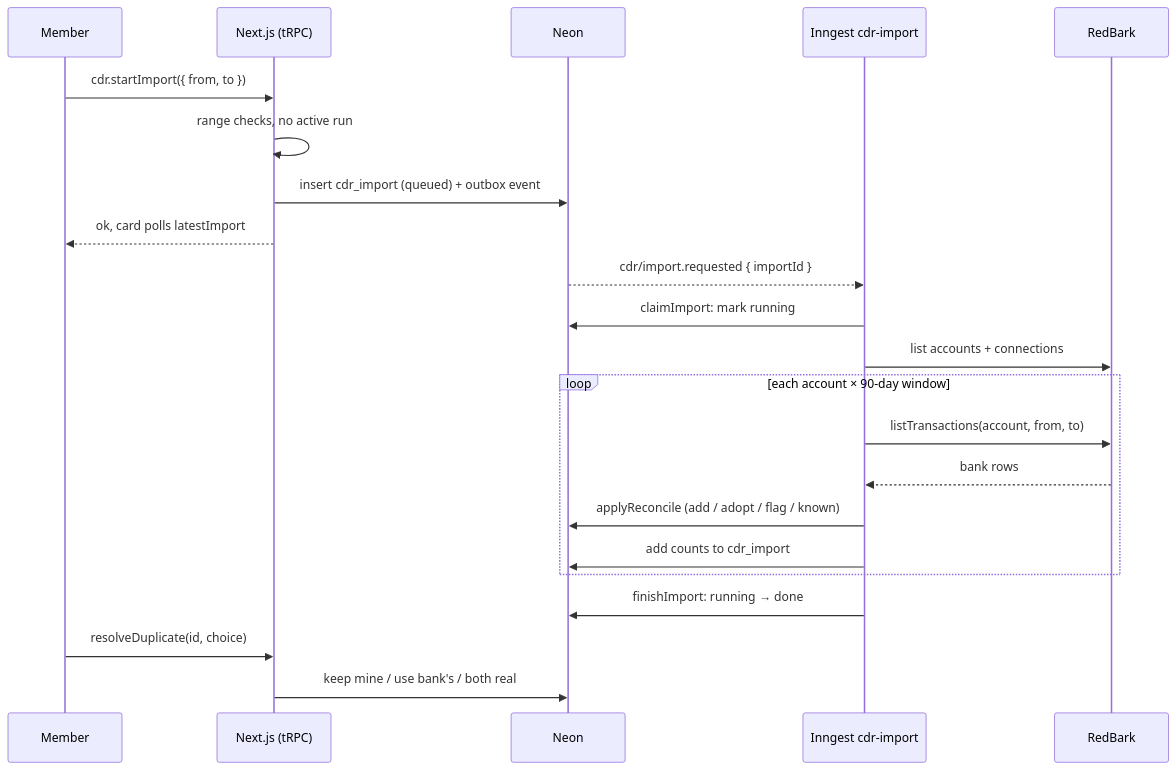
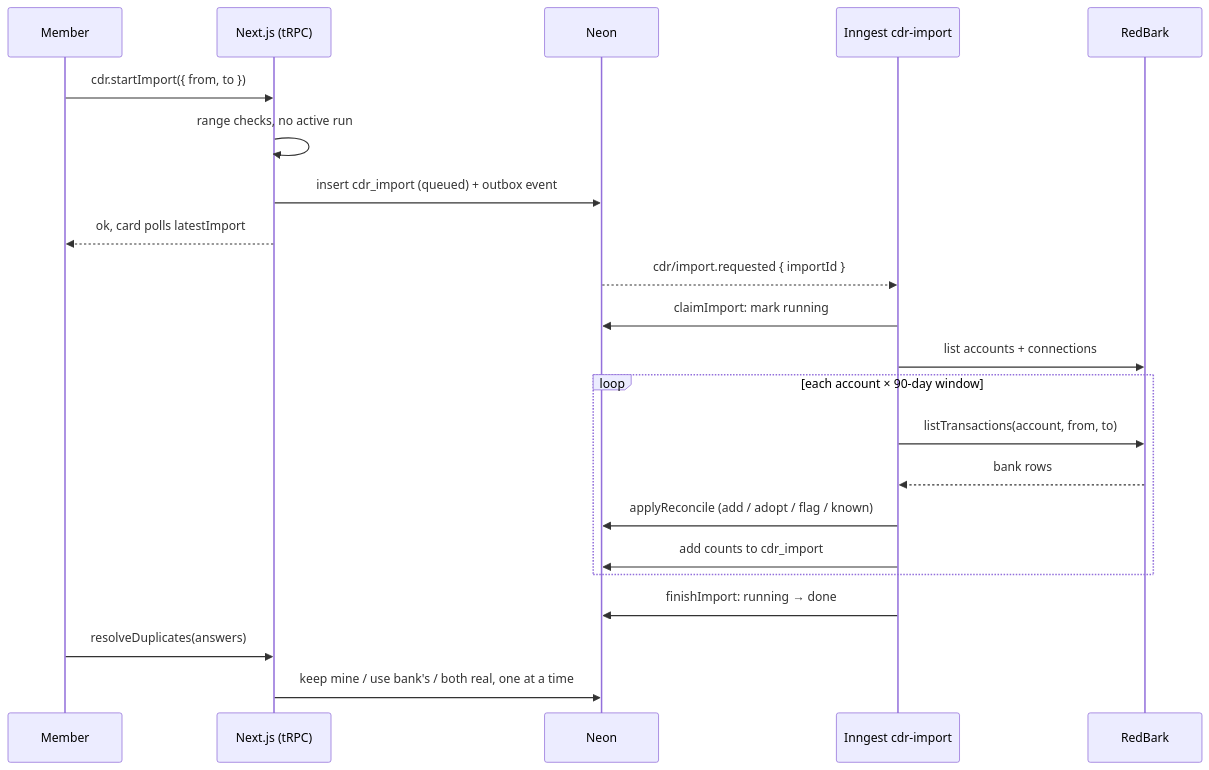
One commit to samjmarshall/personal-finance changed the first of 2 diagrams in docs/feature/history-import.md. Above: the diagram before and after it, drawn with Mermaid. The commit also changed other lines of this file and 1 other file, not shown here.

````diff
--- a/docs/feature/history-import.md
+++ b/docs/feature/history-import.md
@@ -73,25 +73,25 @@
 ```mermaid
 sequenceDiagram
     participant M as Member
     participant App as Next.js (tRPC)
     participant DB as Neon
     participant Job as Inngest cdr-import
     participant RB as RedBark
 
     M->>App: cdr.startImport({ from, to })
     App->>App: range checks, no active run
     App->>DB: insert cdr_import (queued) + outbox event
     App-->>M: ok, card polls latestImport
     DB-->>Job: cdr/import.requested { importId }
     Job->>DB: claimImport: mark running
     Job->>RB: list accounts + connections
     loop each account × 90-day window
         Job->>RB: listTransactions(account, from, to)
         RB-->>Job: bank rows
         Job->>DB: applyReconcile (add / adopt / flag / known)
         Job->>DB: add counts to cdr_import
     end
     Job->>DB: finishImport: running → done
-    M->>App: resolveDuplicate(id, choice)
-    App->>DB: keep mine / use bank's / both real
+    M->>App: resolveDuplicates(answers)
+    App->>DB: keep mine / use bank's / both real, one at a time
 ```
````
